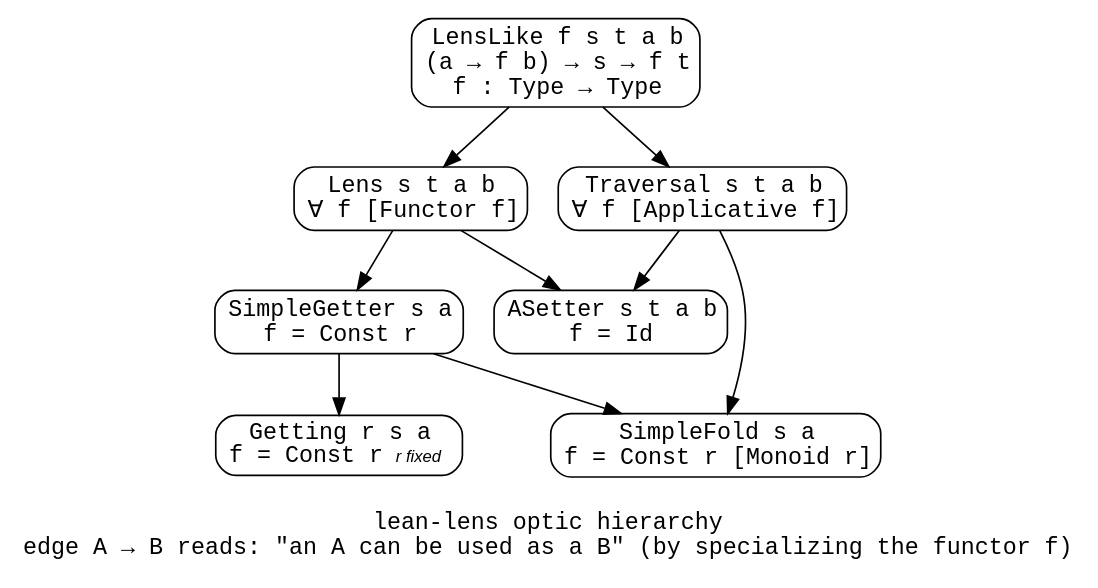
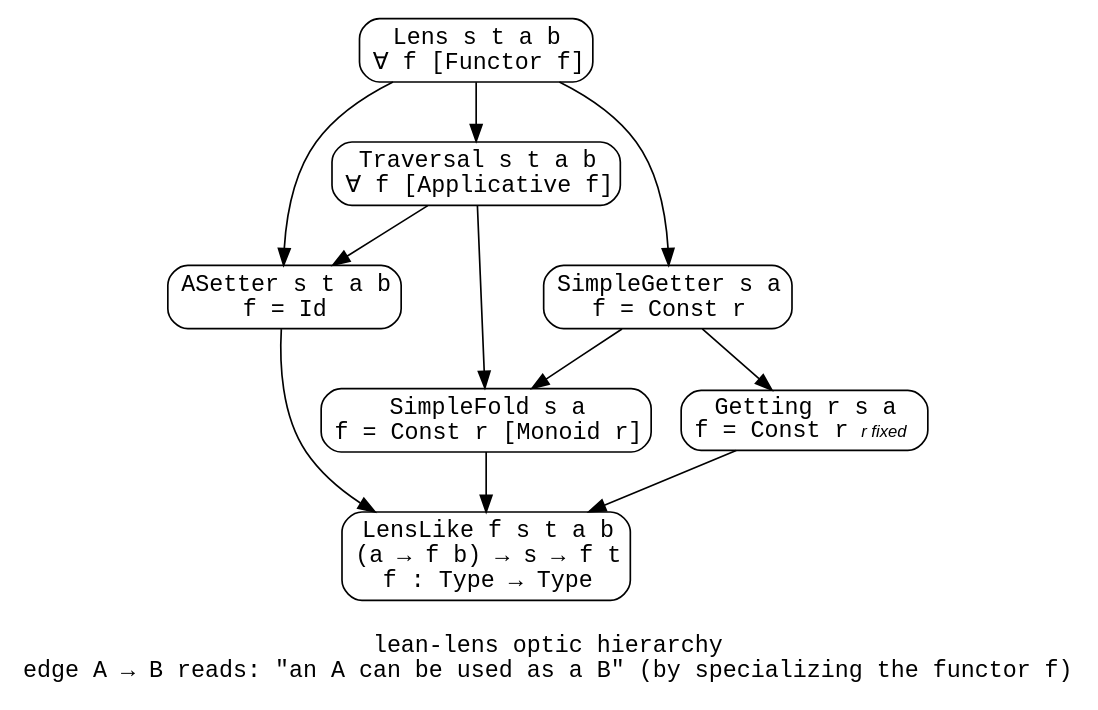
Before and after one commit to janmasrovira/lean-lens: the diagram in diagram/hierarchy.dot, drawn with Graphviz.

```diff
--- a/diagram/hierarchy.dot
+++ b/diagram/hierarchy.dot
@@ -1,32 +1,34 @@
 digraph LeanLensHierarchy {
   rankdir=TB;
   node [shape=box, fontname="monospace", style=rounded];
   edge [fontname="monospace", fontsize=10];
 
   LensLike      [label=<LensLike f s t a b<BR/>(a → f b) → s → f t<BR/>f : Type → Type>];
   Lens          [label=<Lens s t a b<BR/>∀ f [Functor f]>];
   Traversal     [label=<Traversal s t a b<BR/>∀ f [Applicative f]>];
   SimpleGetter  [label=<SimpleGetter s a<BR/>f = Const r>];
   ASetter       [label=<ASetter s t a b<BR/>f = Id>];
   Getting       [label=<Getting r s a<BR/>f = Const r <FONT FACE="Helvetica-Oblique" POINT-SIZE="10">r fixed</FONT>>];
   SimpleFold    [label=<SimpleFold s a<BR/>f = Const r [Monoid r]>];
 
-  LensLike -> Lens;
-  LensLike -> Traversal;
-
+  Lens -> Traversal;
   Lens -> SimpleGetter;
   Lens -> ASetter;
 
   Traversal -> ASetter;
   Traversal -> SimpleFold;
 
   SimpleGetter -> Getting;
   SimpleGetter -> SimpleFold;
 
+  ASetter      -> LensLike;
+  Getting      -> LensLike;
+  SimpleFold   -> LensLike;
+
   { rank=same; ASetter; SimpleGetter; }
   { rank=same; Getting; SimpleFold; }
 
   label="\nlean-lens optic hierarchy\nedge A → B reads: \"an A can be used as a B\" (by specializing the functor f)";
   labelloc="b";
   fontname="monospace";
 }
```
